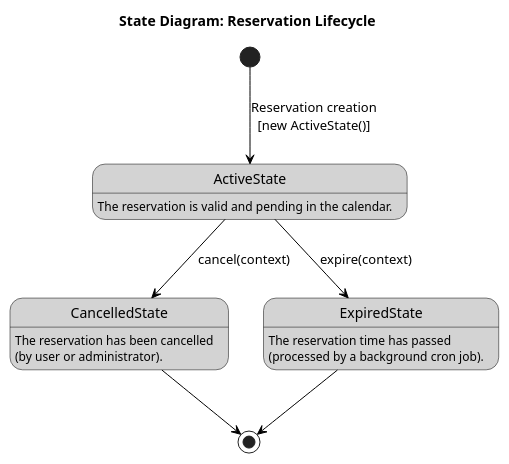
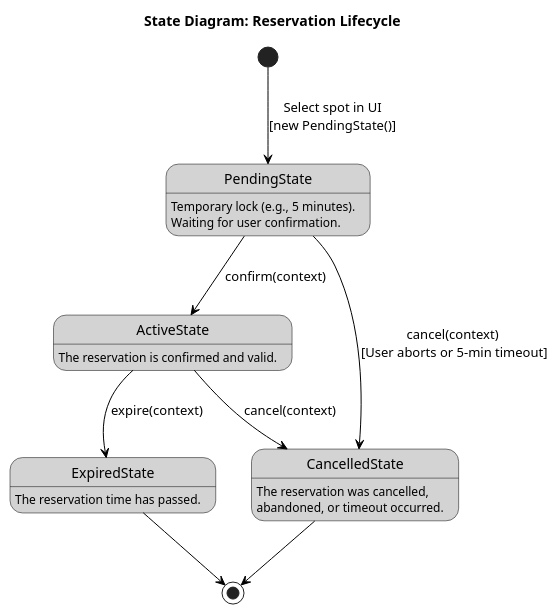
Before and after one commit to AidenCze/SWI-Project: the diagram in docs/diagramy/state-reservation.puml, drawn with PlantUML. The commit also changed 2 other files, not shown here.

Commit message:
Enhance reservation state management by adding confirm methods and refining state descriptions

```diff
--- a/docs/diagramy/state-reservation.puml
+++ b/docs/diagramy/state-reservation.puml
@@ -1,32 +1,41 @@
 @startuml
 title State Diagram: Reservation Lifecycle
 
 skinparam state {
     BackgroundColor LightGray
     BorderColor Black
     ArrowColor Black
 }
 
-' Initial state
-[*] --> ActiveState : Reservation creation\n[new ActiveState()]
+' Initial state creates a temporary lock
+[*] --> PendingState : Select spot in UI\n[new PendingState()]
+
+state PendingState {
+    PendingState : Temporary lock (e.g., 5 minutes).\nWaiting for user confirmation.
+}
 
 state ActiveState {
-    ActiveState : The reservation is valid and pending in the calendar.
+    ActiveState : The reservation is confirmed and valid.
 }
 
 state CancelledState {
-    CancelledState : The reservation has been cancelled\n(by user or administrator).
+    CancelledState : The reservation was cancelled,\nabandoned, or timeout occurred.
 }
 
 state ExpiredState {
-    ExpiredState : The reservation time has passed\n(processed by a background cron job).
+    ExpiredState : The reservation time has passed.
 }
+
+' Transitions from PendingState
+PendingState --> ActiveState : confirm(context)
+PendingState --> CancelledState : cancel(context) \n[User aborts or 5-min timeout]
 
 ' Transitions from ActiveState
 ActiveState --> CancelledState : cancel(context)
 ActiveState --> ExpiredState : expire(context)
 
 ' End of lifecycle (terminal states)
 CancelledState --> [*]
 ExpiredState --> [*]
+
 @enduml
```
